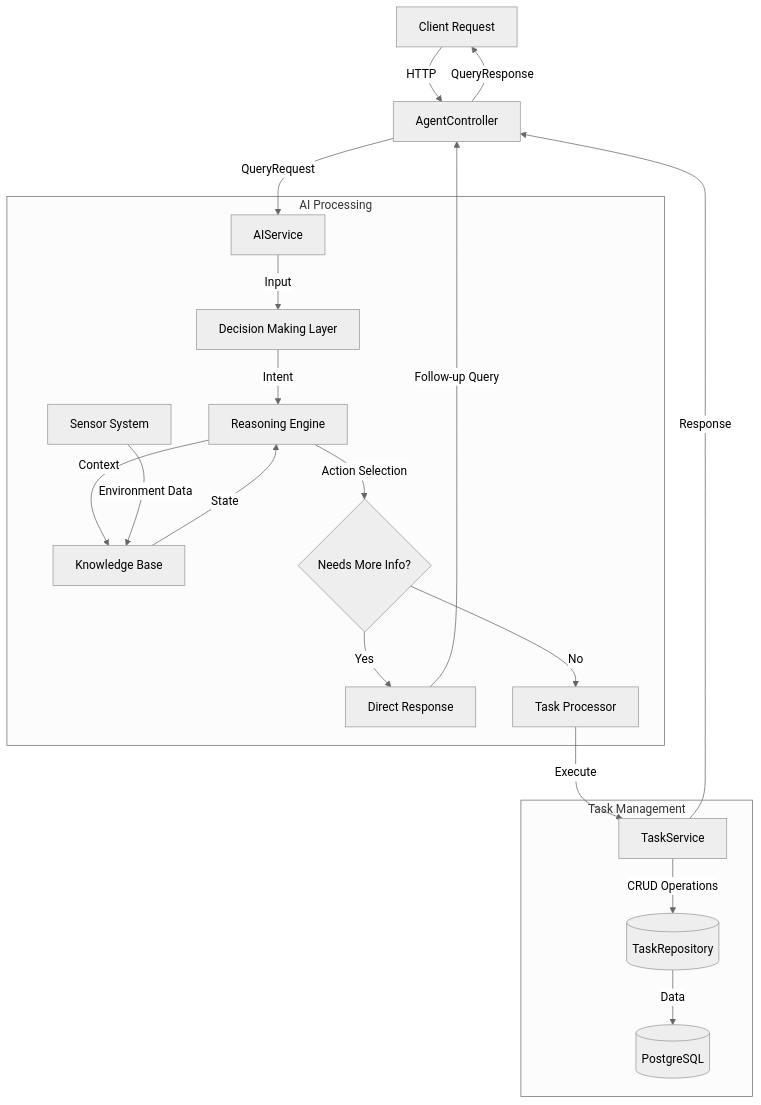
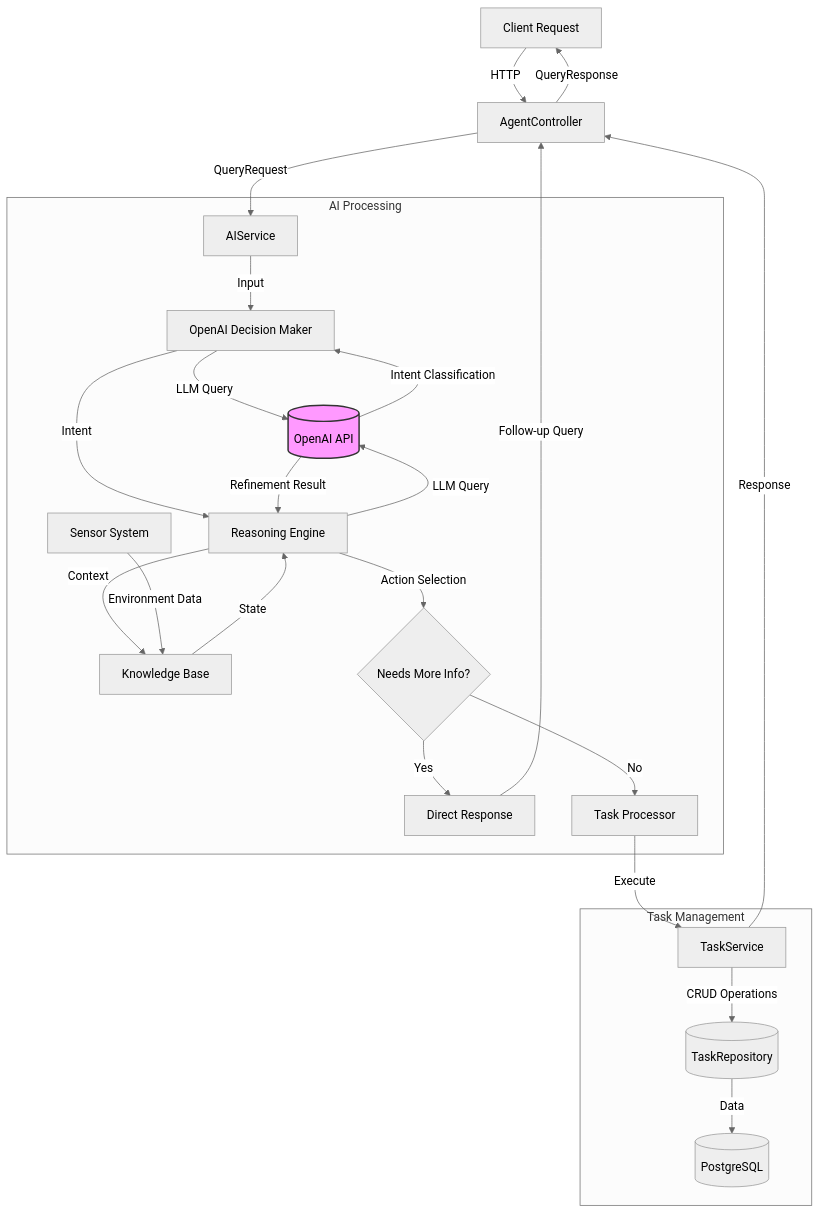
Before and after one commit to adamalsalman75/agent: the diagram in backend/README.md, drawn with Mermaid (neutral theme). The commit also changed other lines of this file and 2 other files, not shown here.

Commit message:
refactor

````diff
--- a/backend/README.md
+++ b/backend/README.md
@@ -122,28 +122,36 @@
 ```mermaid
 graph TD
     Client[Client Request] -->|HTTP| Controller[AgentController]
     Controller -->|QueryRequest| AIService[AIService]
     
     subgraph "AI Processing"
-        AIService -->|Input| DecisionMaker[Decision Making Layer]
+        AIService -->|Input| DecisionMaker[OpenAI Decision Maker]
+        DecisionMaker -->|LLM Query| OpenAI[(OpenAI API)]
+        OpenAI -->|Intent Classification| DecisionMaker
+        
         DecisionMaker -->|Intent| ReasoningEngine[Reasoning Engine]
+        ReasoningEngine -->|LLM Query| OpenAI
+        OpenAI -->|Refinement Result| ReasoningEngine
+        
         ReasoningEngine -->|Context| KnowledgeBase[Knowledge Base]
-        
         SensorSystem[Sensor System] -->|Environment Data| KnowledgeBase
         KnowledgeBase -->|State| ReasoningEngine
         
         ReasoningEngine -->|Action Selection| Decision{Needs More Info?}
         Decision -->|Yes| DirectResponse[Direct Response]
         Decision -->|No| TaskProcessor[Task Processor]
     end
     
     subgraph "Task Management"
         TaskProcessor -->|Execute| TaskService[TaskService]
         TaskService -->|CRUD Operations| Repository[(TaskRepository)]
         Repository -->|Data| Database[(PostgreSQL)]
     end
     
     DirectResponse -->|Follow-up Query| Controller
     TaskService -->|Response| Controller
     Controller -->|QueryResponse| Client
+
+    classDef llm fill:#f9f,stroke:#333,stroke-width:2px;
+    class OpenAI llm;
 ```
````
